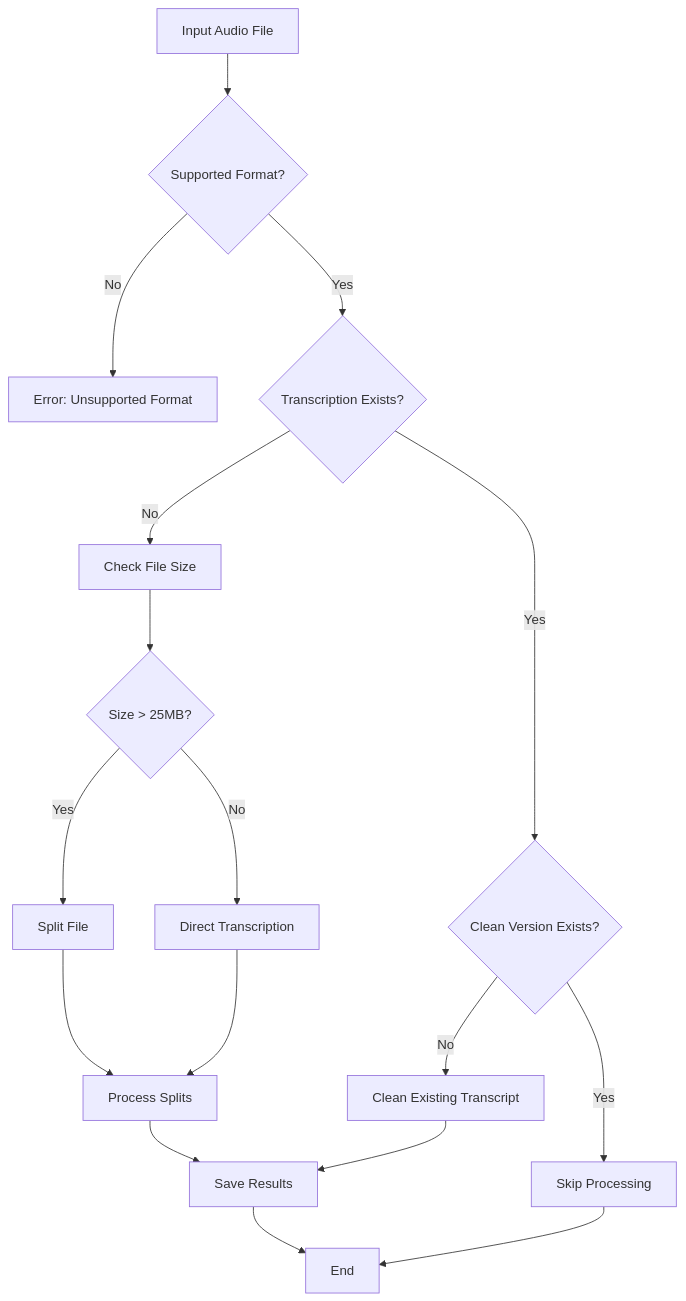
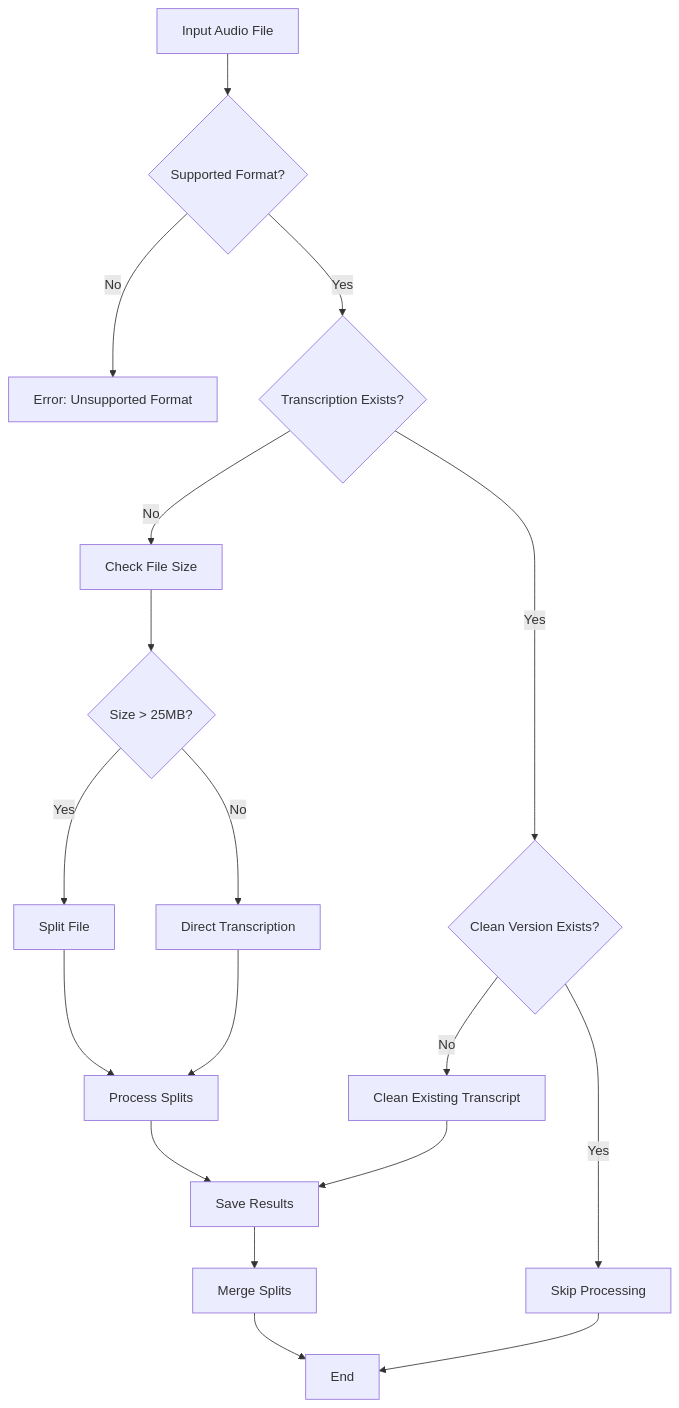
Before and after one commit to CaptainCodeAU/AudioScribe: the second of 3 diagrams in README.md, drawn with Mermaid. The commit also changed other lines of this file, not shown here.

````diff
--- a/README.md
+++ b/README.md
@@ -138,19 +140,20 @@
 ```mermaid
 graph TD
     A[Input Audio File] --> B{Supported Format?}
     B -- No --> C[Error: Unsupported Format]
     B -- Yes --> D{Transcription Exists?}
     D -- Yes --> E{Clean Version Exists?}
     D -- No --> F[Check File Size]
     E -- Yes --> G[Skip Processing]
     E -- No --> H[Clean Existing Transcript]
     F --> I{Size > 25MB?}
     I -- Yes --> J[Split File]
     I -- No --> K[Direct Transcription]
     J --> L[Process Splits]
     K --> L
     L --> M[Save Results]
+    M --> N[Merge Splits]
     H --> M
-    M --> N[End]
-    G --> N
+    N --> O[End]
+    G --> O
 ```
````
